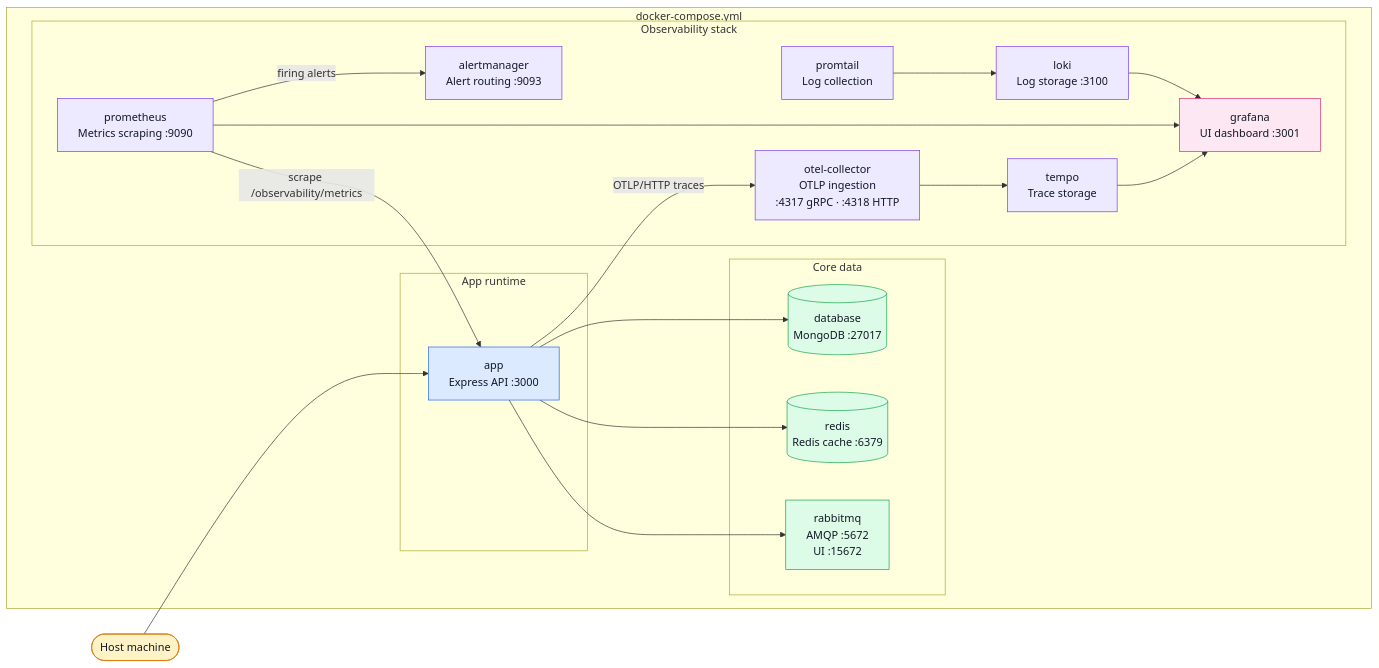
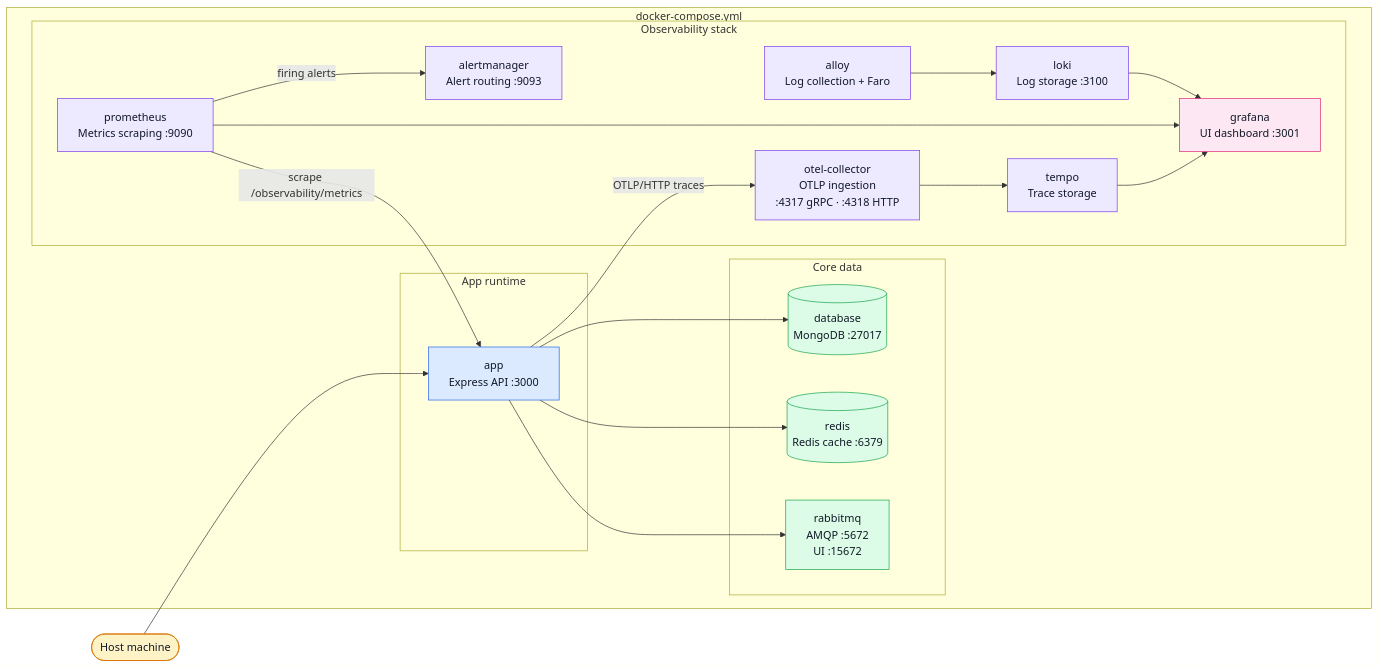
One commit to Guebbit/boilerplate-node-backend changed the diagram in docs/tools/docker-and-podman.md. Above: the diagram before and after it, drawn with Mermaid. The commit also changed other lines of this file and 24 other files, not shown here.

First line of the commit message:
refactor(observability): ship dev container logs with alloy, drop promtail

````diff
--- a/docs/tools/docker-and-podman.md
+++ b/docs/tools/docker-and-podman.md
@@ -8,52 +8,52 @@
 ```mermaid
 %%{init: {'flowchart': {'nodeSpacing': 55, 'rankSpacing': 75}}}%%
 flowchart LR
     Host([Host machine])
 
     subgraph Compose["docker-compose.yml"]
         subgraph AppRuntime["App runtime"]
             App["app\nExpress API :3000"]
         end
 
         subgraph CoreData["Core data"]
             MongoDB[("database\nMongoDB :27017")]
             Redis[("redis\nRedis cache :6379")]
             RabbitMQ["rabbitmq\nAMQP :5672\nUI :15672"]
         end
 
         subgraph ObsStack["Observability stack"]
             OTelCol["otel-collector\nOTLP ingestion\n:4317 gRPC · :4318 HTTP"]
             Tempo["tempo\nTrace storage"]
             Prometheus["prometheus\nMetrics scraping :9090"]
             Alertmanager["alertmanager\nAlert routing :9093"]
-            Promtail["promtail\nLog collection"]
+            Alloy["alloy\nLog collection + Faro"]
             Loki["loki\nLog storage :3100"]
             Grafana["grafana\nUI dashboard :3001"]
         end
     end
 
     Host --> App
     App --> MongoDB
     App --> Redis
     App --> RabbitMQ
     App -->|"OTLP/HTTP traces"| OTelCol
     OTelCol --> Tempo
     Prometheus -->|"scrape /observability/metrics"| App
     Prometheus -->|"firing alerts"| Alertmanager
-    Promtail --> Loki
+    Alloy --> Loki
     Tempo --> Grafana
     Prometheus --> Grafana
     Loki --> Grafana
 
     classDef host fill:#fef3c7,stroke:#d97706,color:#111827;
     classDef app fill:#dbeafe,stroke:#2563eb,color:#111827;
     classDef data fill:#dcfce7,stroke:#16a34a,color:#111827;
     classDef obs fill:#ede9fe,stroke:#7c3aed,color:#111827;
     classDef ui fill:#fce7f3,stroke:#db2777,color:#111827;
 
     class Host host;
     class App app;
     class MongoDB,Redis,RabbitMQ data;
-    class OTelCol,Tempo,Prometheus,Alertmanager,Promtail,Loki obs;
+    class OTelCol,Tempo,Prometheus,Alertmanager,Alloy,Loki obs;
     class Grafana ui;
 ```
````
